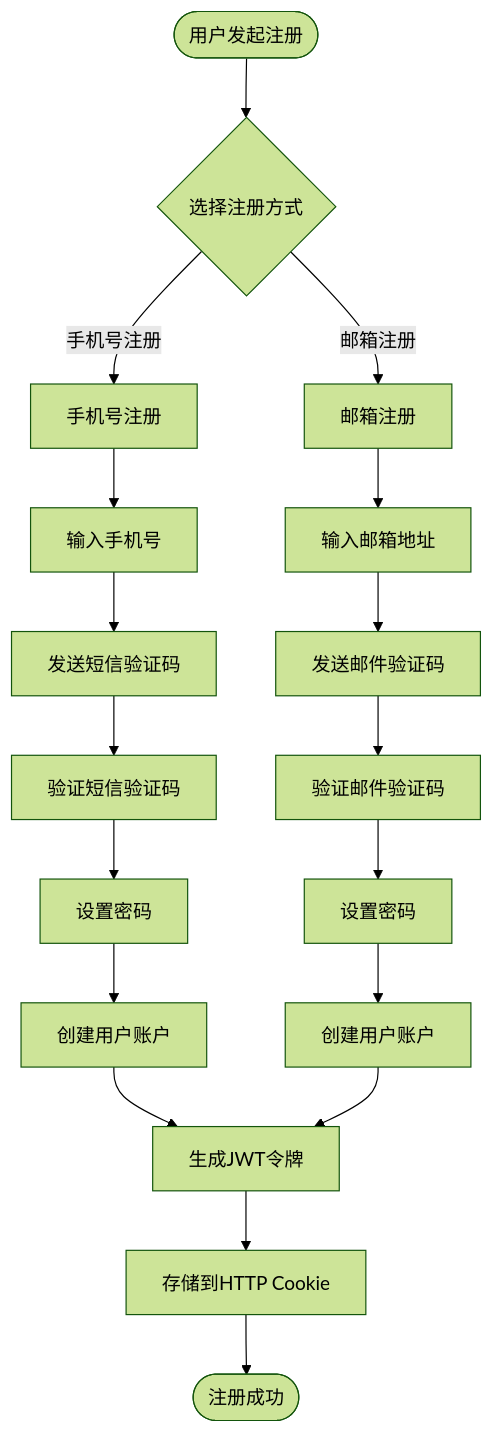
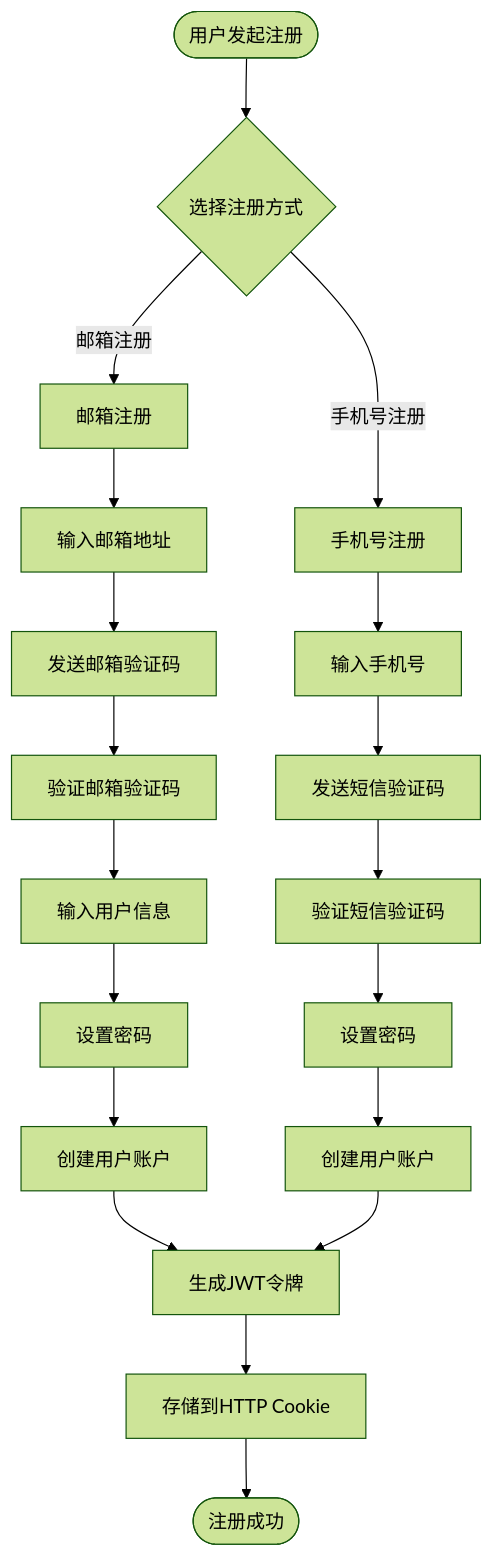
Before and after one commit to mcmrzy/cs_inv_monitor-develop: the seventh of 14 diagrams in .qoder/repowiki/zh/content/移动端应用/用户认证模块.md, drawn with Mermaid (forest theme). The commit also changed other lines of this file and 128 other files, not shown here.

````diff
--- a/.qoder/repowiki/zh/content/移动端应用/用户认证模块.md
+++ b/.qoder/repowiki/zh/content/移动端应用/用户认证模块.md
@@ -267,20 +292,21 @@
 ```mermaid
 flowchart TD
 Start([用户发起注册]) --> ChooseMethod{选择注册方式}
+ChooseMethod --> |邮箱注册| EmailReg[邮箱注册]
 ChooseMethod --> |手机号注册| PhoneReg[手机号注册]
-ChooseMethod --> |邮箱注册| EmailReg[邮箱注册]
+EmailReg --> EnterEmail[输入邮箱地址]
+EnterEmail --> SendEmailCode[发送邮箱验证码]
+SendEmailCode --> VerifyEmailCode[验证邮箱验证码]
+VerifyEmailCode --> EnterUserInfo[输入用户信息]
+EnterUserInfo --> SetPassword[设置密码]
+SetPassword --> CreateUser[创建用户账户]
 PhoneReg --> EnterPhone[输入手机号]
-EnterPhone --> SendSMS[发送短信验证码]
-SendSMS --> VerifySMS[验证短信验证码]
-VerifySMS --> SetPassword[设置密码]
-SetPassword --> CreateUser[创建用户账户]
-EmailReg --> EnterEmail[输入邮箱地址]
-EnterEmail --> SendEmail[发送邮件验证码]
-SendEmail --> VerifyEmail[验证邮件验证码]
-VerifyEmail --> SetPassword2[设置密码]
+EnterPhone --> SendPhoneCode[发送短信验证码]
+SendPhoneCode --> VerifyPhoneCode[验证短信验证码]
+VerifyPhoneCode --> SetPassword2[设置密码]
 SetPassword2 --> CreateUser2[创建用户账户]
 CreateUser --> GenerateTokens[生成JWT令牌]
 CreateUser2 --> GenerateTokens
 GenerateTokens --> StoreCookies[存储到HTTP Cookie]
 StoreCookies --> Success([注册成功])
 ```
````
